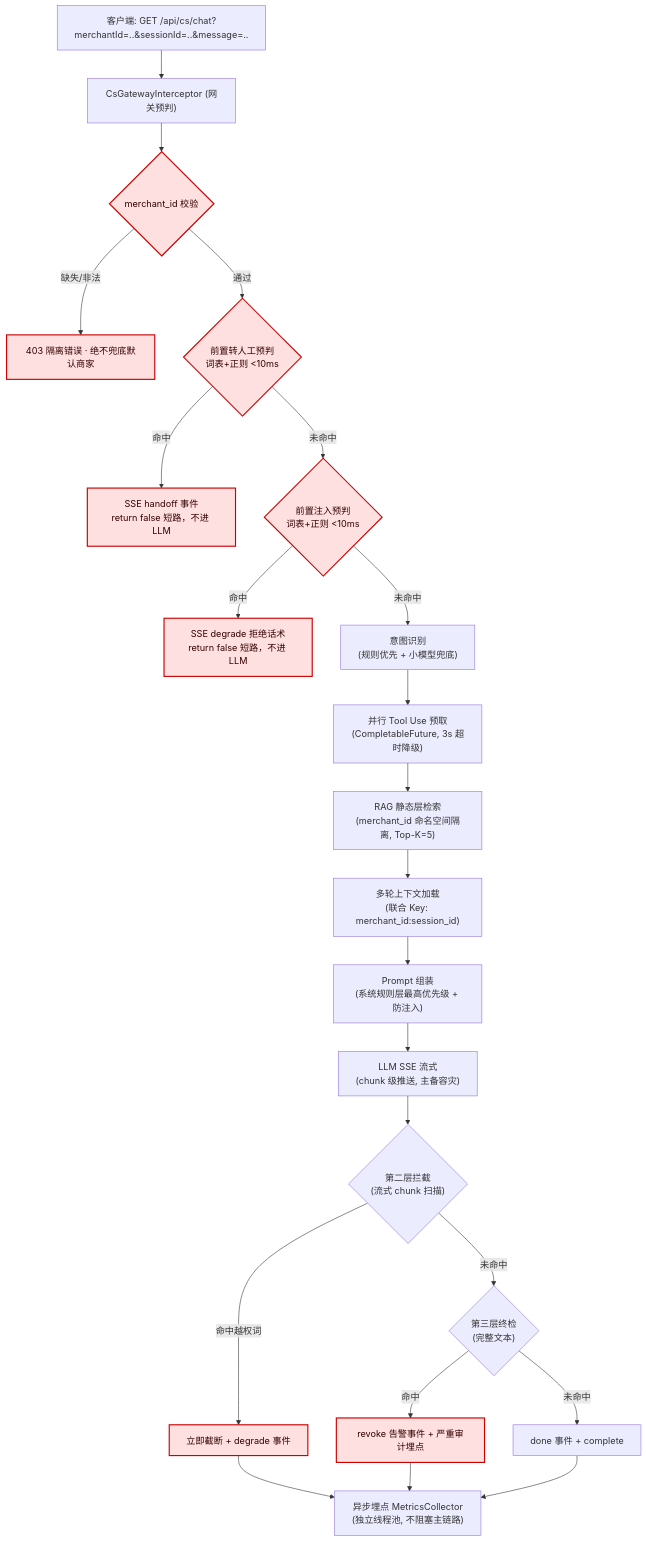
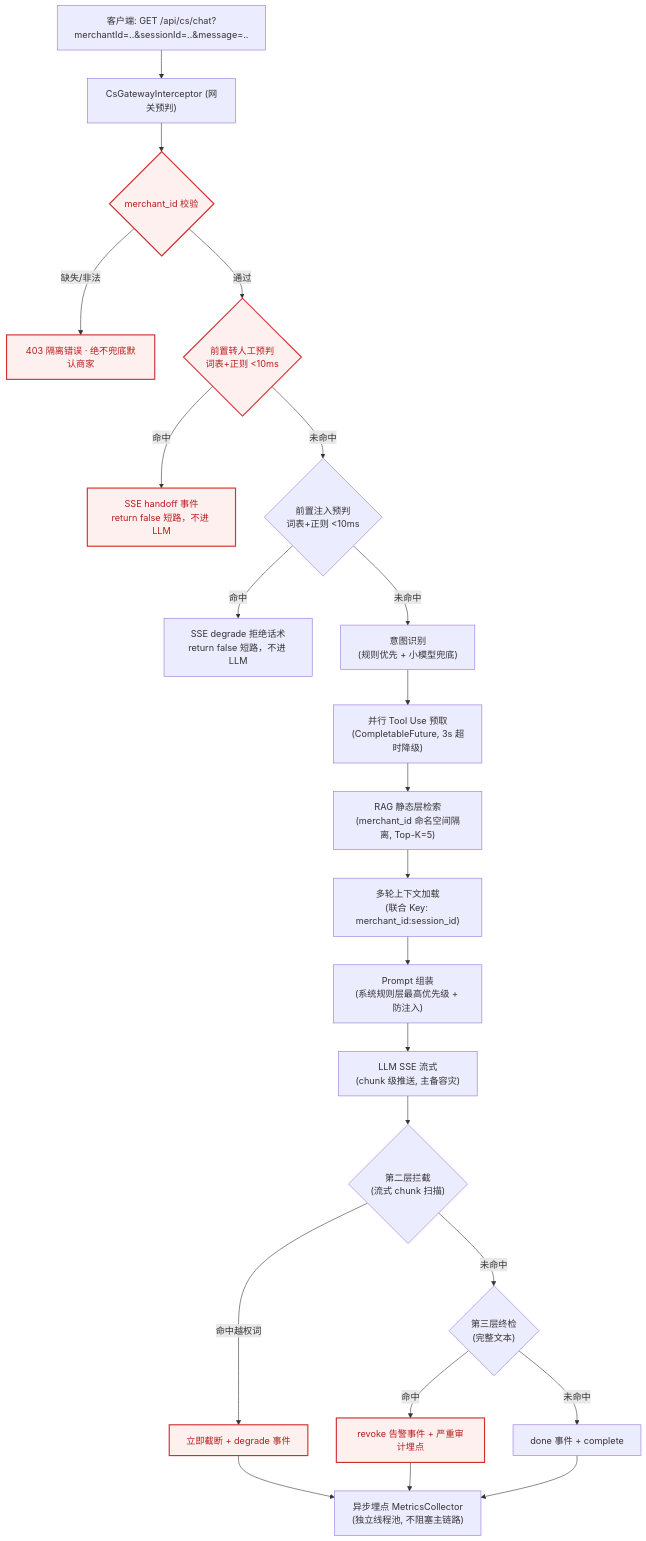
The first of 2 diagrams in uniselect-cs-agent/README.md (CHANSingYeungSunny/uniselect-agent-backend), drawn with Mermaid before and after one commit. The commit also changed other lines of this file and 1 other file, not shown here.

Commit message:
feat: ?漣 demo.html ?舀?撖潸揚???∠?皜脫?銝????蝷? docs: 靽桀? Mermaid 憸撖寞?摨血僎?券?湔 README 隞亙??恥??撖潸揚?????(27/27 瘚??函遛)

````diff
--- a/uniselect-cs-agent/README.md
+++ b/uniselect-cs-agent/README.md
@@ -29,27 +31,27 @@
 ```mermaid
 flowchart TD
     A["客户端: GET /api/cs/chat?merchantId=..&sessionId=..&message=.."] --> B["CsGatewayInterceptor (网关预判)"]
     B --> C{"merchant_id 校验"}
     C -- 缺失/非法 --> D["403 隔离错误 · 绝不兜底默认商家"]
     C -- 通过 --> E{"前置转人工预判<br/>词表+正则 <10ms"}
     E -- 命中 --> F["SSE handoff 事件<br/>return false 短路，不进 LLM"]
     E -- 未命中 --> E2{"前置注入预判<br/>词表+正则 <10ms"}
     E2 -- 命中 --> F2["SSE degrade 拒绝话术<br/>return false 短路，不进 LLM"]
     E2 -- 未命中 --> G["意图识别<br/>(规则优先 + 小模型兜底)"]
     G --> H["并行 Tool Use 预取<br/>(CompletableFuture, 3s 超时降级)"]
     H --> I["RAG 静态层检索<br/>(merchant_id 命名空间隔离, Top-K=5)"]
     I --> J["多轮上下文加载<br/>(联合 Key: merchant_id:session_id)"]
     J --> K["Prompt 组装<br/>(系统规则层最高优先级 + 防注入)"]
     K --> L["LLM SSE 流式<br/>(chunk 级推送, 主备容灾)"]
     L --> M{"第二层拦截<br/>(流式 chunk 扫描)"}
     M -- 命中越权词 --> N["立即截断 + degrade 事件"]
     M -- 未命中 --> O{"第三层终检<br/>(完整文本)"}
     O -- 命中 --> P["revoke 告警事件 + 严重审计埋点"]
     O -- 未命中 --> Q["done 事件 + complete"]
     Q --> R["异步埋点 MetricsCollector<br/>(独立线程池, 不阻塞主链路)"]
     N --> R
     P --> R
 
-    classDef red fill:#ffe0e0,stroke:#c00,color:#330000,stroke-width:2px;
-    class C,D,E,E2,F,F2,N,P red;
+    classDef red fill:#fff0f0, stroke:#d32f2f, color:#b71c1c, stroke-width:2px;
+    class C,D,E,F,N,P red;
 ```
````
